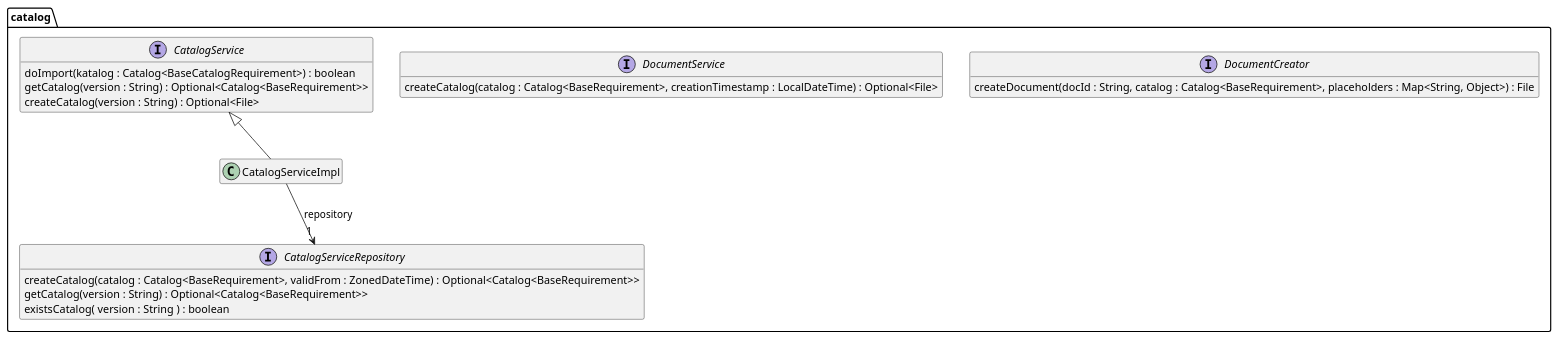
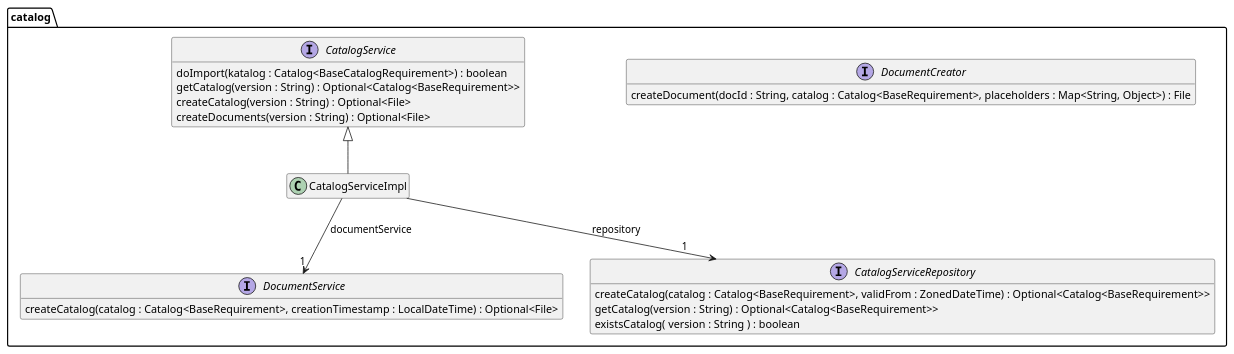
Before and after one commit to tailoringexpert/platform: the diagram in src/site/arc42/plantuml/core/catalog/Ebene3.plantuml, drawn with PlantUML. The commit also changed 6 other files, not shown here.

```diff
--- a/src/site/arc42/plantuml/core/catalog/Ebene3.plantuml
+++ b/src/site/arc42/plantuml/core/catalog/Ebene3.plantuml
@@ -1,32 +1,34 @@
 @startuml Ebene3.png
 hide empty members
 
 package catalog {
 
     interface DocumentCreator {
         createDocument(docId : String, catalog : Catalog<BaseRequirement>, placeholders : Map<String, Object>) : File
     }
 
     interface DocumentService {
         createCatalog(catalog : Catalog<BaseRequirement>, creationTimestamp : LocalDateTime) : Optional<File>
     }
 
     interface CatalogService {
         doImport(katalog : Catalog<BaseCatalogRequirement>) : boolean
         getCatalog(version : String) : Optional<Catalog<BaseRequirement>>
         createCatalog(version : String) : Optional<File>
+        createDocuments(version : String) : Optional<File>
     }
 
     interface CatalogServiceRepository {
         createCatalog(catalog : Catalog<BaseRequirement>, validFrom : ZonedDateTime) : Optional<Catalog<BaseRequirement>>
         getCatalog(version : String) : Optional<Catalog<BaseRequirement>>
         existsCatalog( version : String ) : boolean
     }
 
     class CatalogServiceImpl {
     }
     CatalogService <|-- CatalogServiceImpl
     CatalogServiceImpl --> "1" CatalogServiceRepository : repository
+    CatalogServiceImpl --> "1" DocumentService : documentService
 
 }
 @enduml
```
